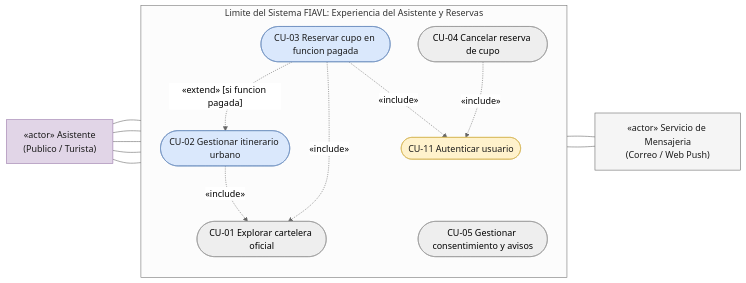
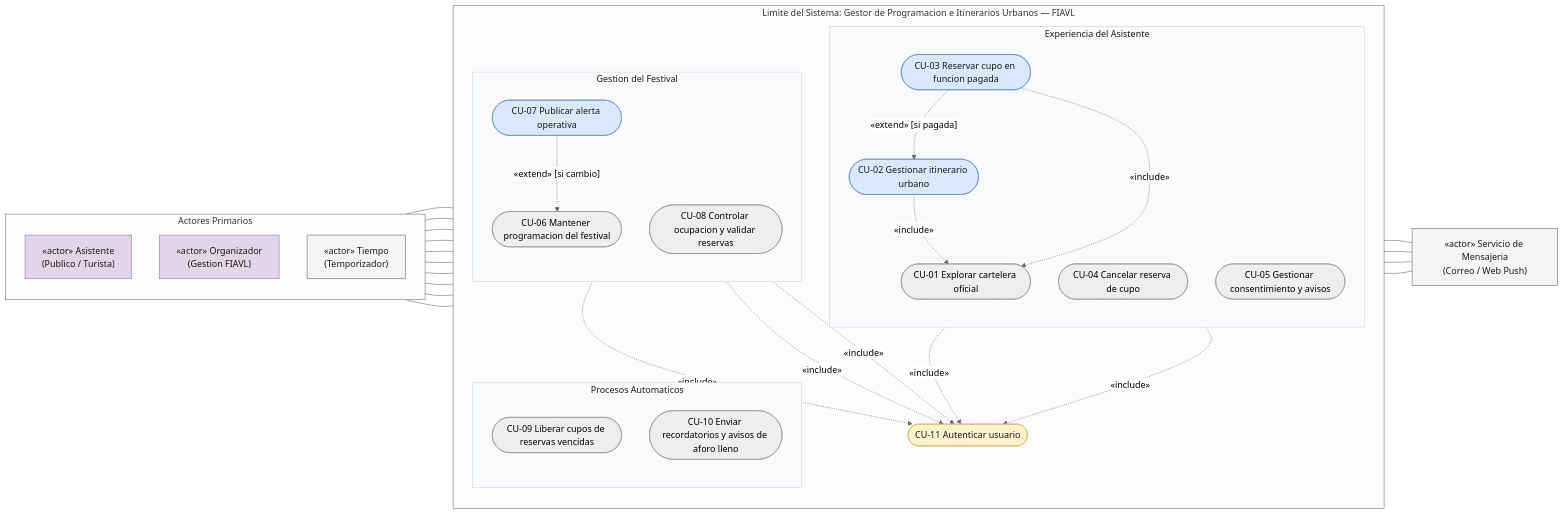
Before and after one commit to ArquitecturaSoftwareEC-UNI/FIAVL_ProyectoBIM: the diagram in docs/architecture/01-scenarios-view.md, drawn with Mermaid (neutral theme). The commit also changed other lines of this file and 1 other file, not shown here.

Commit message:
refactor(arch): unificar Vista +1 en un solo diagrama limpio sin cruces

````diff
--- a/docs/architecture/01-scenarios-view.md
+++ b/docs/architecture/01-scenarios-view.md
@@ -31,37 +29,79 @@
 ```mermaid
 flowchart LR
-  ACT_ASIST["«actor» Asistente\n(Publico / Turista)"]
+  subgraph PRIMARIOS["Actores Primarios"]
+    direction TB
+    ACT_ASIST["«actor» Asistente\n(Publico / Turista)"]
+    ACT_ORG["«actor» Organizador\n(Gestion FIAVL)"]
+    ACT_TIEMPO["«actor» Tiempo\n(Temporizador)"]
+  end
 
-  subgraph SYS_A["Limite del Sistema FIAVL: Experiencia del Asistente y Reservas"]
+  subgraph SYS["Limite del Sistema: Gestor de Programacion e Itinerarios Urbanos — FIAVL"]
     direction TB
-    CU01(["CU-01 Explorar cartelera oficial"])
-    CU02(["CU-02 Gestionar itinerario urbano"])
-    CU03(["CU-03 Reservar cupo en funcion pagada"])
-    CU04(["CU-04 Cancelar reserva de cupo"])
-    CU05(["CU-05 Gestionar consentimiento y avisos"])
+    subgraph G_ASIST["Experiencia del Asistente"]
+      direction TB
+      CU01(["CU-01 Explorar cartelera oficial"])
+      CU02(["CU-02 Gestionar itinerario urbano"])
+      CU03(["CU-03 Reservar cupo en funcion pagada"])
+      CU04(["CU-04 Cancelar reserva de cupo"])
+      CU05(["CU-05 Gestionar consentimiento y avisos"])
+    end
+
+    subgraph G_ORG["Gestion del Festival"]
+      direction TB
+      CU06(["CU-06 Mantener programacion del festival"])
+      CU07(["CU-07 Publicar alerta operativa"])
+      CU08(["CU-08 Controlar ocupacion y validar reservas"])
+    end
+
+    subgraph G_AUTO["Procesos Automaticos"]
+      direction TB
+      CU09(["CU-09 Liberar cupos de reservas vencidas"])
+      CU10(["CU-10 Enviar recordatorios y avisos de aforo lleno"])
+    end
+
     CU11(["CU-11 Autenticar usuario"])
 
     CU02 -. "«include»" .-> CU01
-    CU03 -. "«extend» [si funcion pagada]" .-> CU02
+    CU03 -. "«extend» [si pagada]" .-> CU02
     CU03 -. "«include»" .-> CU01
+    CU07 -. "«extend» [si cambio]" .-> CU06
+
     CU03 -. "«include»" .-> CU11
     CU04 -. "«include»" .-> CU11
+    CU06 -. "«include»" .-> CU11
+    CU07 -. "«include»" .-> CU11
+    CU08 -. "«include»" .-> CU11
   end
 
   ACT_MSG["«actor» Servicio de Mensajeria\n(Correo / Web Push)"]
 
   ACT_ASIST --- CU01
   ACT_ASIST --- CU02
   ACT_ASIST --- CU03
   ACT_ASIST --- CU04
   ACT_ASIST --- CU05
 
+  ACT_ORG --- CU06
+  ACT_ORG --- CU07
+  ACT_ORG --- CU08
+
+  ACT_TIEMPO --- CU09
+  ACT_TIEMPO --- CU10
+
   CU03 --- ACT_MSG
   CU04 --- ACT_MSG
+  CU07 --- ACT_MSG
+  CU10 --- ACT_MSG
 
   style ACT_ASIST fill:#E1D5E7,stroke:#9673A6,color:#1a1a1a
+  style ACT_ORG fill:#E1D5E7,stroke:#9673A6,color:#1a1a1a
+  style ACT_TIEMPO fill:#F5F5F5,stroke:#666666,color:#1a1a1a
   style ACT_MSG fill:#F5F5F5,stroke:#666666,color:#1a1a1a
   style CU02 fill:#DAE8FC,stroke:#6C8EBF,color:#1a1a1a
   style CU03 fill:#DAE8FC,stroke:#6C8EBF,color:#1a1a1a
+  style CU07 fill:#DAE8FC,stroke:#6C8EBF,color:#1a1a1a
   style CU11 fill:#FFF2CC,stroke:#D6B656,color:#1a1a1a
+  style G_ASIST fill:#F8FAFC,stroke:#CBD5E1,color:#1a1a1a
+  style G_ORG fill:#F8FAFC,stroke:#CBD5E1,color:#1a1a1a
+  style G_AUTO fill:#F8FAFC,stroke:#CBD5E1,color:#1a1a1a
 ```
````
